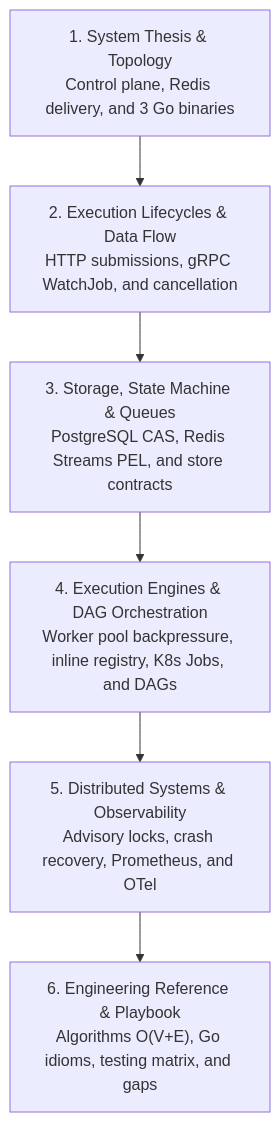
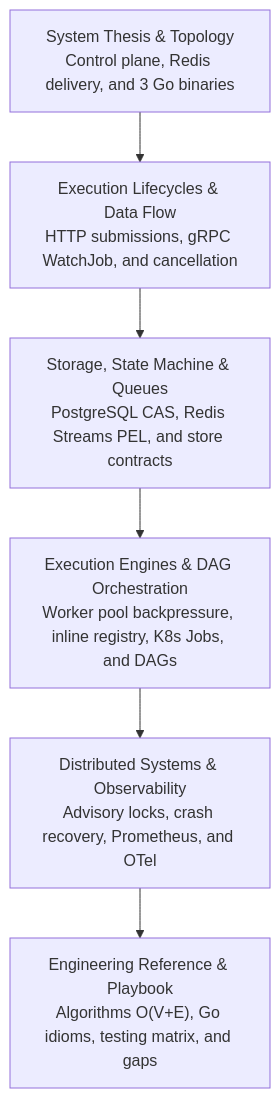
The diagram in docs/architecture-deep-dive/00_overview.md (shreeharshshinde/orion), drawn with Mermaid before and after one commit. The commit also changed other lines of this file and 1 other file, not shown here.

Commit message:
docs(architecture): refine titles and descriptions for clarity in overview and thesis sections

````diff
--- a/docs/architecture-deep-dive/00_overview.md
+++ b/docs/architecture-deep-dive/00_overview.md
@@ -18,8 +18,8 @@
 ```mermaid
 flowchart TD
-  P1["1. System Thesis & Topology\nControl plane, Redis delivery, and 3 Go binaries"] --> P2["2. Execution Lifecycles & Data Flow\nHTTP submissions, gRPC WatchJob, and cancellation"]
-  P2 --> P3["3. Storage, State Machine & Queues\nPostgreSQL CAS, Redis Streams PEL, and store contracts"]
-  P3 --> P4["4. Execution Engines & DAG Orchestration\nWorker pool backpressure, inline registry, K8s Jobs, and DAGs"]
-  P4 --> P5["5. Distributed Systems & Observability\nAdvisory locks, crash recovery, Prometheus, and OTel"]
-  P5 --> P6["6. Engineering Reference & Playbook\nAlgorithms O(V+E), Go idioms, testing matrix, and gaps"]
+  P1["System Thesis & Topology\nControl plane, Redis delivery, and 3 Go binaries"] --> P2["Execution Lifecycles & Data Flow\nHTTP submissions, gRPC WatchJob, and cancellation"]
+  P2 --> P3["Storage, State Machine & Queues\nPostgreSQL CAS, Redis Streams PEL, and store contracts"]
+  P3 --> P4["Execution Engines & DAG Orchestration\nWorker pool backpressure, inline registry, K8s Jobs, and DAGs"]
+  P4 --> P5["Distributed Systems & Observability\nAdvisory locks, crash recovery, Prometheus, and OTel"]
+  P5 --> P6["Engineering Reference & Playbook\nAlgorithms O(V+E), Go idioms, testing matrix, and gaps"]
 ```
````
